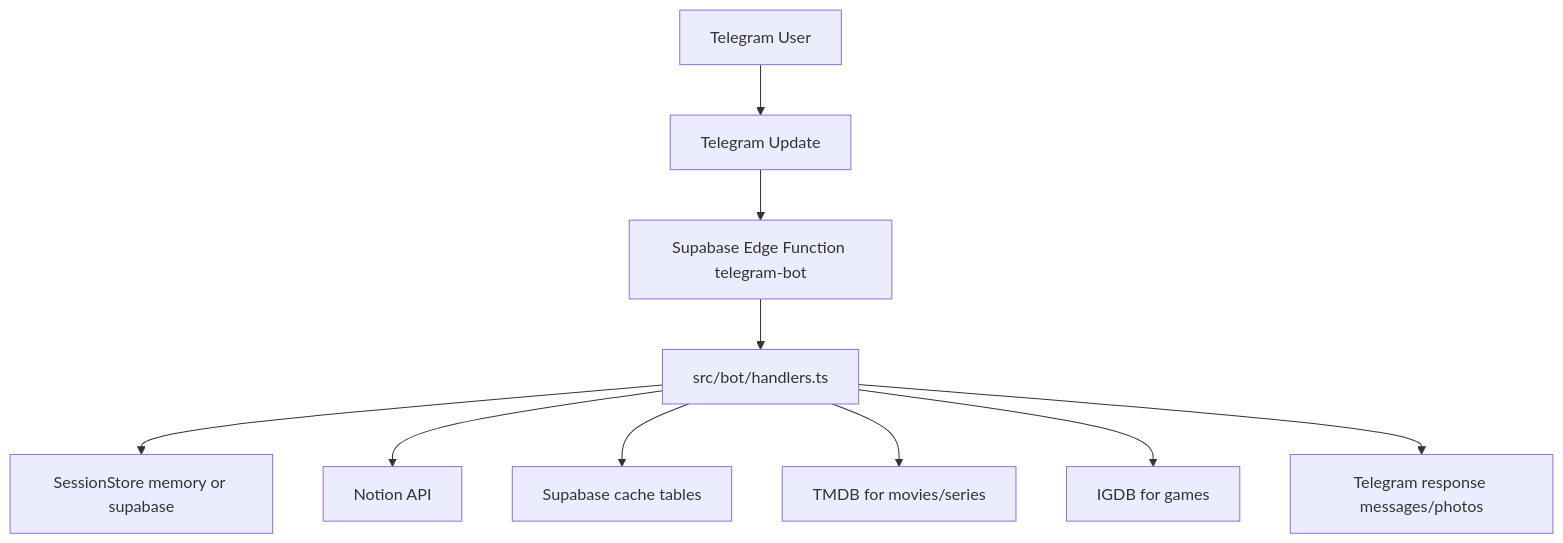
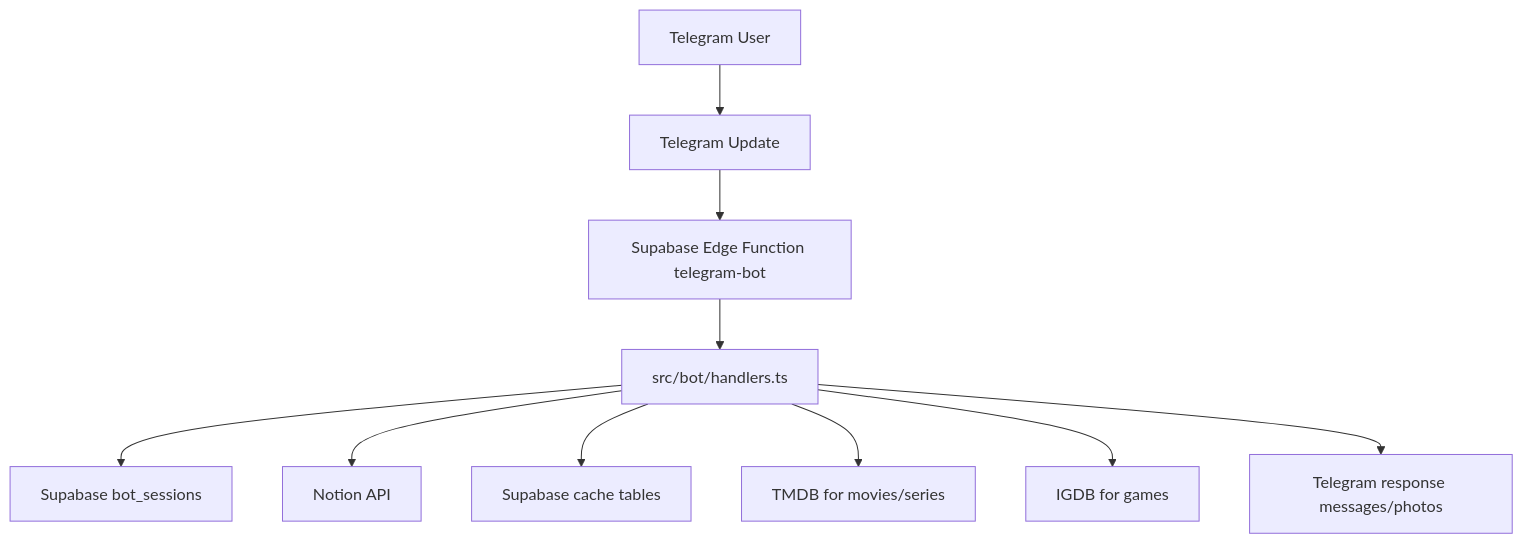
One commit to DonAlexandro/PopcornPal changed the diagram in docs/solutions/0001-popcornpal-bot-architecture.md. Above: the diagram before and after it, drawn with Mermaid. The commit also changed 15 other files, not shown here.

````diff
--- a/docs/solutions/0001-popcornpal-bot-architecture.md
+++ b/docs/solutions/0001-popcornpal-bot-architecture.md
@@ -66,12 +66,12 @@
 ```mermaid
 flowchart TD
   U[Telegram User] --> T[Telegram Update]
   T --> E[Supabase Edge Function telegram-bot]
   E --> H[src/bot/handlers.ts]
-  H --> S[SessionStore memory or supabase]
+  H --> S[Supabase bot_sessions]
   H --> N[Notion API]
   H --> C[Supabase cache tables]
   H --> M[TMDB for movies/series]
   H --> I[IGDB for games]
   H --> R[Telegram response messages/photos]
 ```
````
